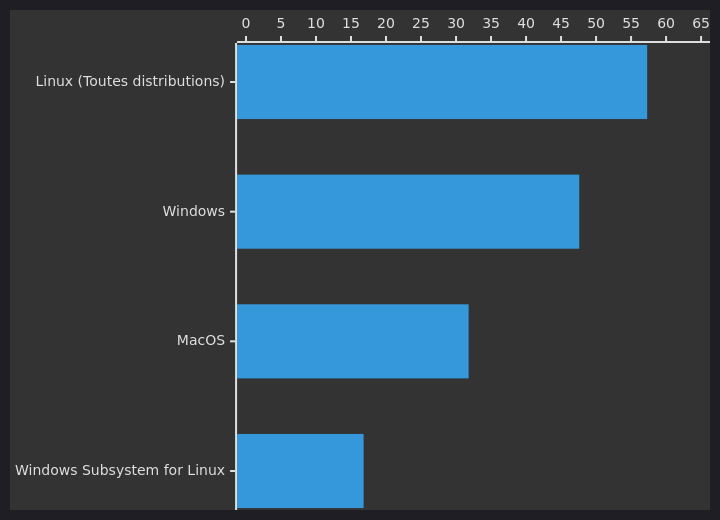
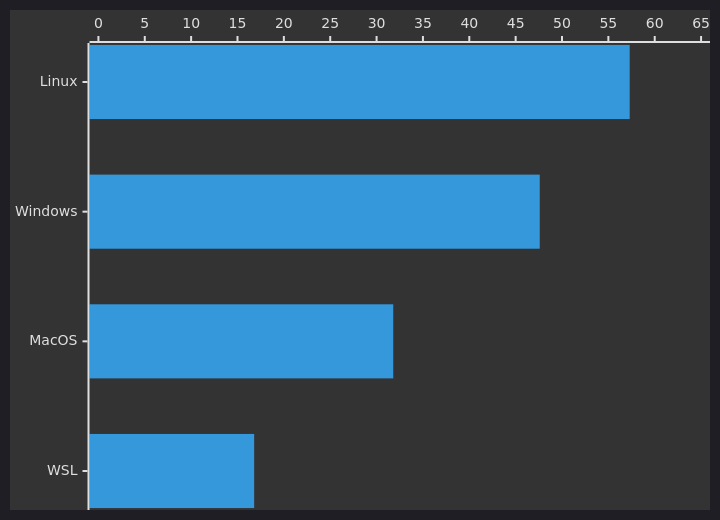
Before and after one commit to FrancoisBrucker/do-it: the first of 5 diagrams in src/promos/2024-2025/Loick-GoupilHallay/mon/temps-1.1/index.md, drawn with Mermaid. The commit also changed other lines of this file, not shown here.

```diff
--- a/src/promos/2024-2025/Loick-GoupilHallay/mon/temps-1.1/index.md
+++ b/src/promos/2024-2025/Loick-GoupilHallay/mon/temps-1.1/index.md
@@ -88,7 +95,7 @@
 <pre class="mermaid" style="background-color: transparent">
 %%{init: {'theme': 'dark'}}%%
 xychart-beta horizontal
-  x-axis ["Linux (Toutes distributions)", "Windows", "MacOS", "Windows Subsystem for Linux"]
+  x-axis ["Linux", "Windows", "MacOS", "WSL"]
   y-axis "" 0 --> 65
   bar [57.3, 47.6, 31.8, 16.8]
 </pre>
```
